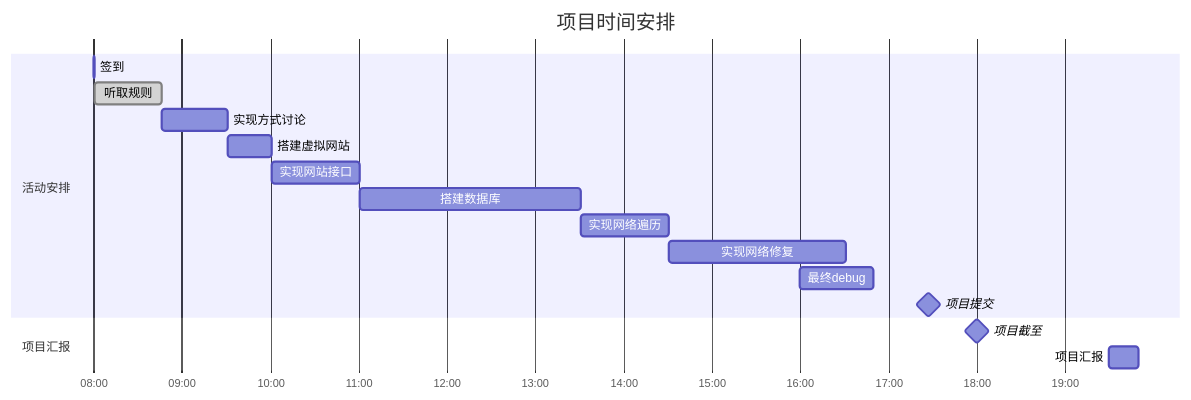
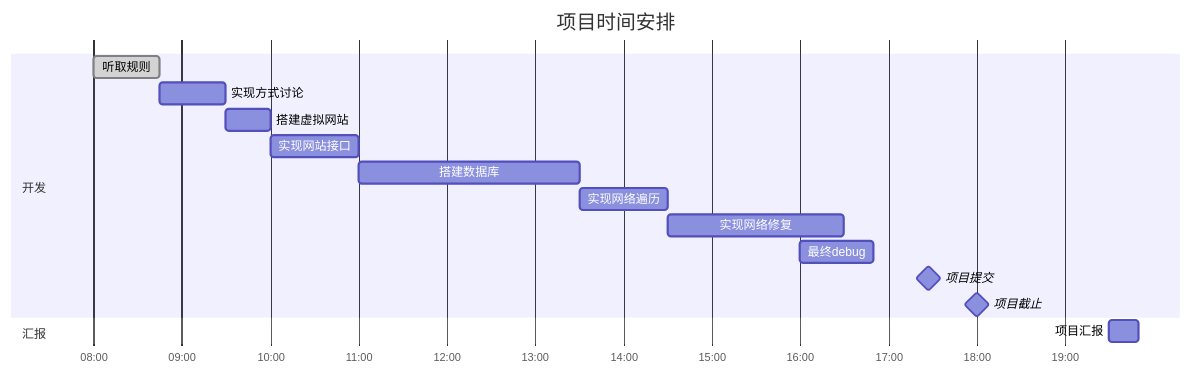
One commit to 67-99/67-99.github.io changed the diagram in project/innoseed-B/content/timeline.md. Above: the diagram before and after it, drawn with Mermaid. The commit also changed 2 other files, not shown here.

````diff
--- a/project/innoseed-B/content/timeline.md
+++ b/project/innoseed-B/content/timeline.md
@@ -5,23 +5,22 @@
 ```mermaid
 gantt
     title 项目时间安排
     dateFormat HH:mm
     axisFormat %H:%M
     todayMarker off
 
-    section 活动安排
-    签到 : sign, 08:00, 1m
-    听取规则 : done, rules, after sign, 45m
+    section 开发
+    听取规则 : done, rules, 08:00, 45m
     实现方式讨论 : discuss, after rules, 45m
     搭建虚拟网站 : website, after discuss, 30m
     实现网站接口 : interface, after website, 1h
     搭建数据库 : database, after interface, 2.5h
     实现网络遍历 : traverse, after database, 1h
     实现网络修复 : repair, after traverse, 2h
     最终debug : debug, 16:00, 50m
     项目提交 : milestone, m2, 17:27, 0m
+    项目截止 : milestone, deadline, 18:00, 0m
 
-    section 项目汇报
-    项目截至 : milestone, deadline, 18:00, 0m
+    section 汇报
     项目汇报 : report, 19:30, 20m
 ```
````
